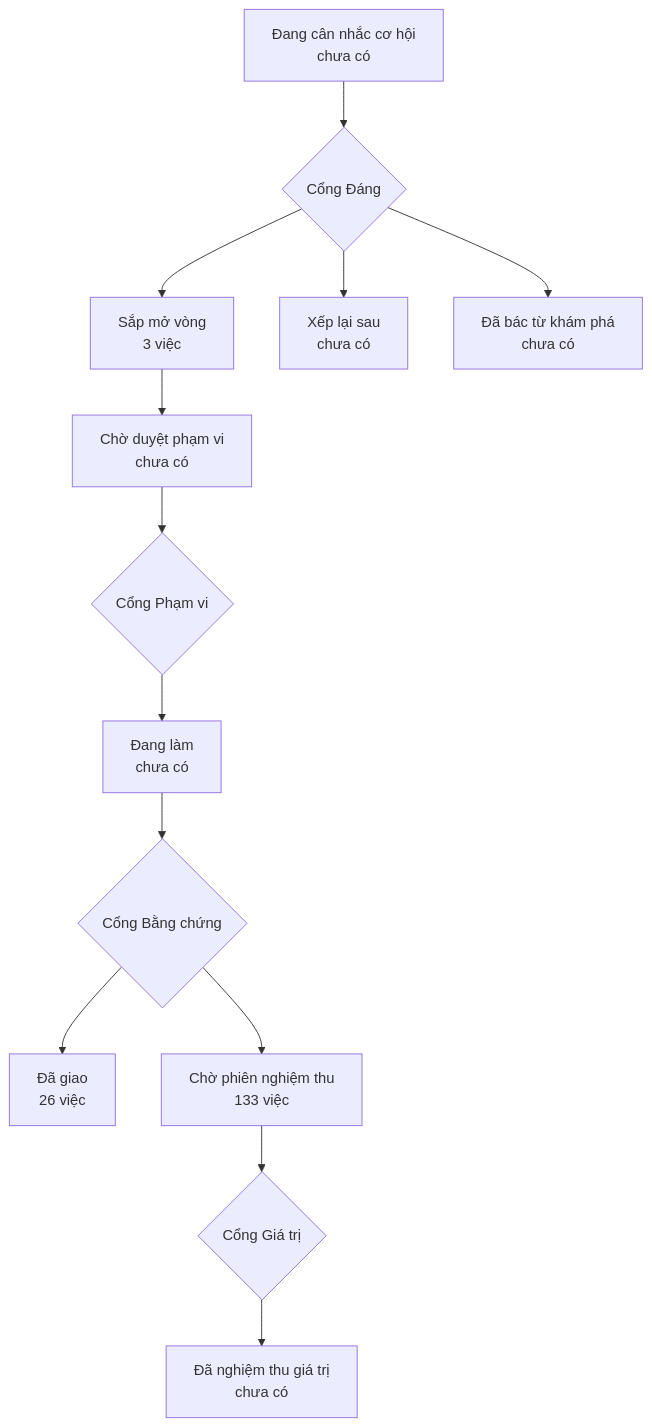
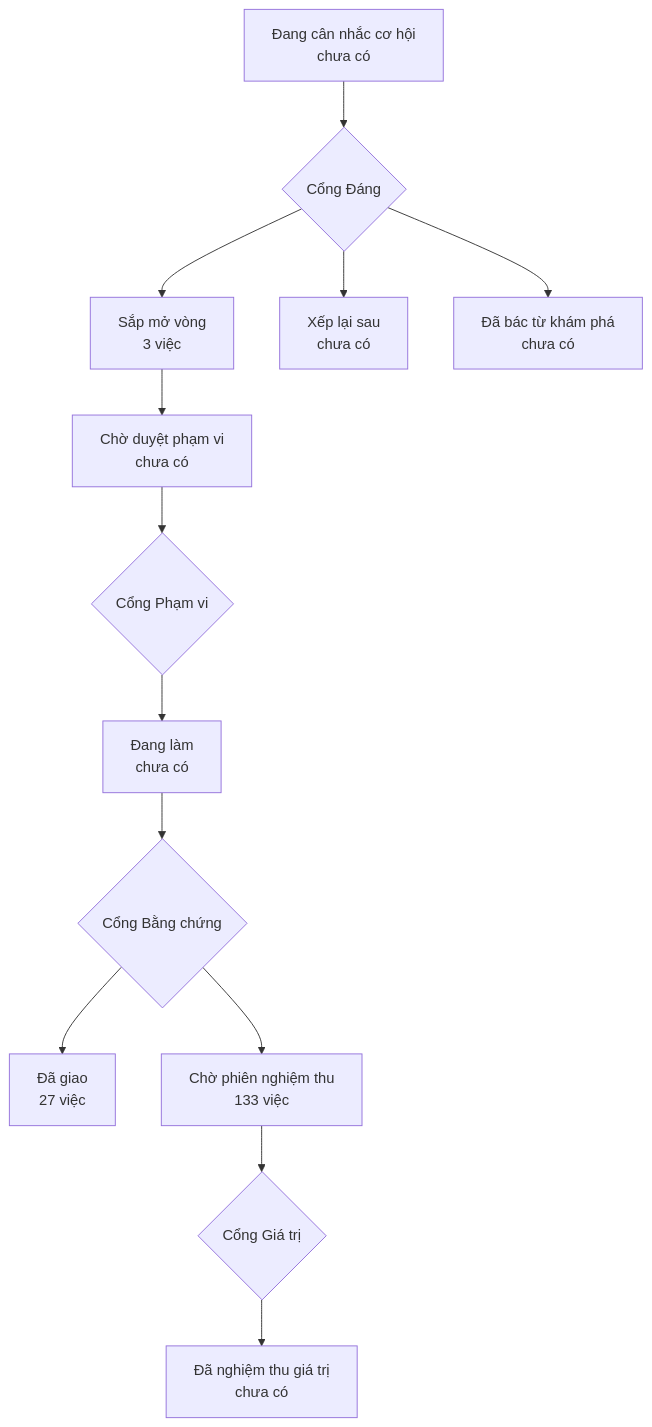
The diagram in PRODUCT-MAP.md (phanlemanh/onehub-quy-hang), drawn with Mermaid before and after one commit. The commit also changed other lines of this file and 8 other files, not shown here.

````diff
--- a/PRODUCT-MAP.md
+++ b/PRODUCT-MAP.md
@@ -7,12 +7,12 @@
 ```mermaid
 flowchart TD
   A["Đang cân nhắc cơ hội<br/>chưa có"] --> GD{"Cổng Đáng"}
   GD --> B["Sắp mở vòng<br/>3 việc"]
   GD --> XL["Xếp lại sau<br/>chưa có"]
   GD --> DB["Đã bác từ khám phá<br/>chưa có"]
   B --> CD["Chờ duyệt phạm vi<br/>chưa có"] --> GP{"Cổng Phạm vi"}
   GP --> DL["Đang làm<br/>chưa có"] --> GB{"Cổng Bằng chứng"}
-  GB --> DG["Đã giao<br/>26 việc"]
+  GB --> DG["Đã giao<br/>27 việc"]
   GB --> CN["Chờ phiên nghiệm thu<br/>133 việc"] --> GG{"Cổng Giá trị"}
   GG --> NT["Đã nghiệm thu giá trị<br/>chưa có"]
 ```
````
